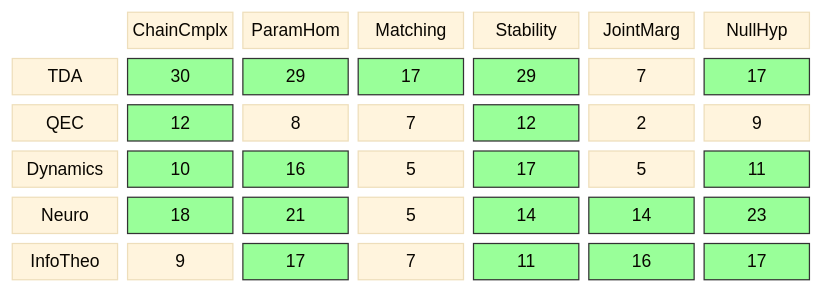
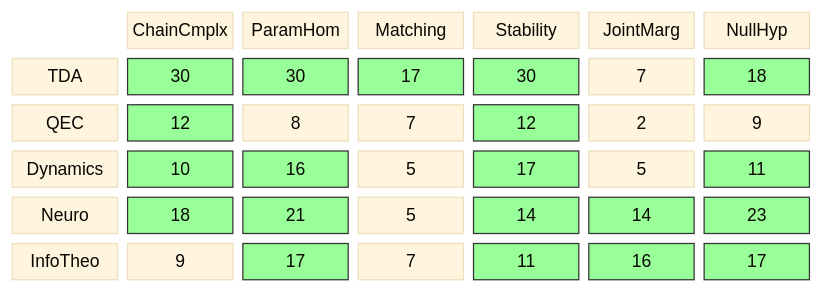
Before and after one commit to musicofhel/topoyolo: the diagram in diagrams/coverage-matrix.md, drawn with Mermaid. The commit also changed other lines of this file and 8 other files, not shown here.

````diff
--- a/diagrams/coverage-matrix.md
+++ b/diagrams/coverage-matrix.md
@@ -21,33 +21,33 @@
 ```mermaid
 %%{init: {'theme': 'base', 'themeVariables': {'fontSize': '14px'}}}%%
 block-beta
   columns 7
 
   space:1 CC["ChainCmplx"] PH["ParamHom"] MA["Matching"] ST["Stability"] JM["JointMarg"] NH["NullHyp"]
 
-  TDA["TDA"] TDA_CC["30"] TDA_PH["29"] TDA_MA["17"] TDA_ST["29"] TDA_JM["7"] TDA_NH["17"]
+  TDA["TDA"] TDA_CC["30"] TDA_PH["30"] TDA_MA["17"] TDA_ST["30"] TDA_JM["7"] TDA_NH["18"]
   QEC["QEC"] QEC_CC["12"] QEC_PH["8"] QEC_MA["7"] QEC_ST["12"] QEC_JM["2"] QEC_NH["9"]
   DYN["Dynamics"] DYN_CC["10"] DYN_PH["16"] DYN_MA["5"] DYN_ST["17"] DYN_JM["5"] DYN_NH["11"]
   NEU["Neuro"] NEU_CC["18"] NEU_PH["21"] NEU_MA["5"] NEU_ST["14"] NEU_JM["14"] NEU_NH["23"]
   IT["InfoTheo"] IT_CC["9"] IT_PH["17"] IT_MA["7"] IT_ST["11"] IT_JM["16"] IT_NH["17"]
   style TDA_CC fill:#9f9,stroke:#333
   style TDA_PH fill:#9f9,stroke:#333
   style TDA_MA fill:#9f9,stroke:#333
   style TDA_ST fill:#9f9,stroke:#333
   style TDA_NH fill:#9f9,stroke:#333
   style QEC_CC fill:#9f9,stroke:#333
   style QEC_ST fill:#9f9,stroke:#333
   style DYN_CC fill:#9f9,stroke:#333
   style DYN_PH fill:#9f9,stroke:#333
   style DYN_ST fill:#9f9,stroke:#333
   style DYN_NH fill:#9f9,stroke:#333
   style NEU_CC fill:#9f9,stroke:#333
   style NEU_PH fill:#9f9,stroke:#333
   style NEU_ST fill:#9f9,stroke:#333
   style NEU_JM fill:#9f9,stroke:#333
   style NEU_NH fill:#9f9,stroke:#333
   style IT_PH fill:#9f9,stroke:#333
   style IT_ST fill:#9f9,stroke:#333
   style IT_JM fill:#9f9,stroke:#333
   style IT_NH fill:#9f9,stroke:#333
 ```
````
